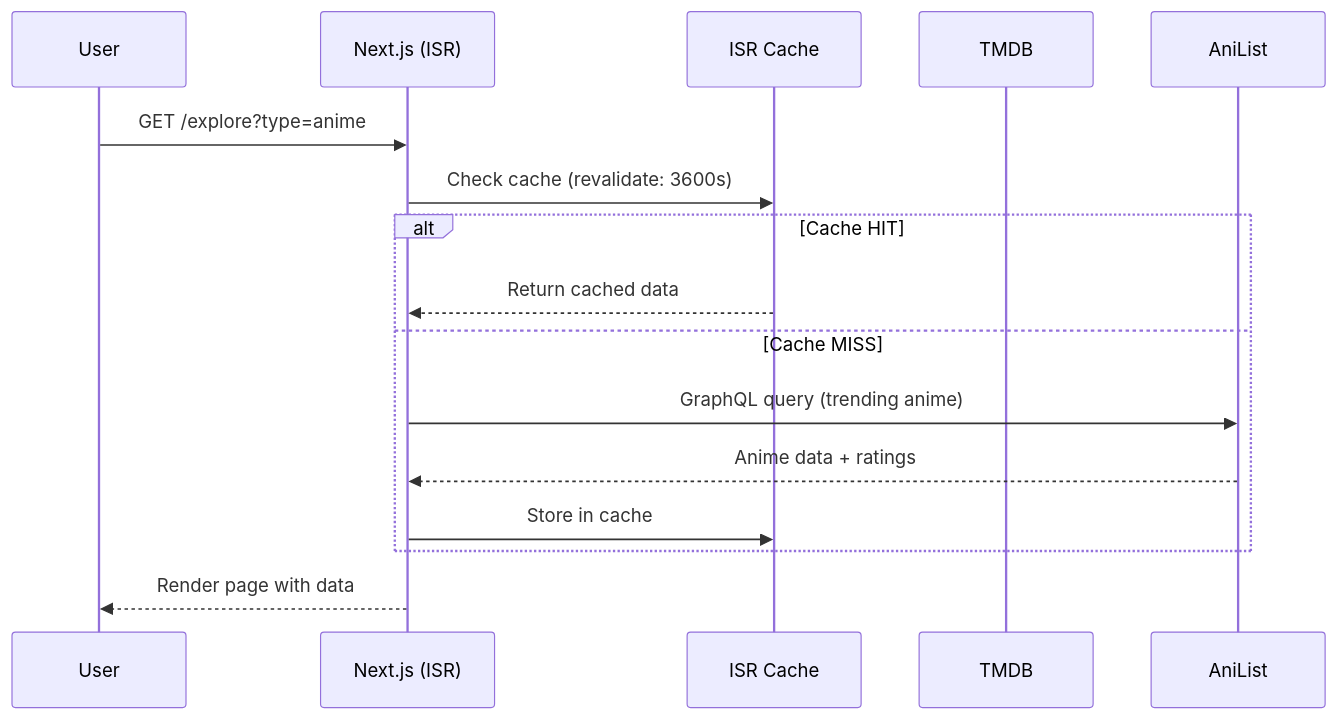
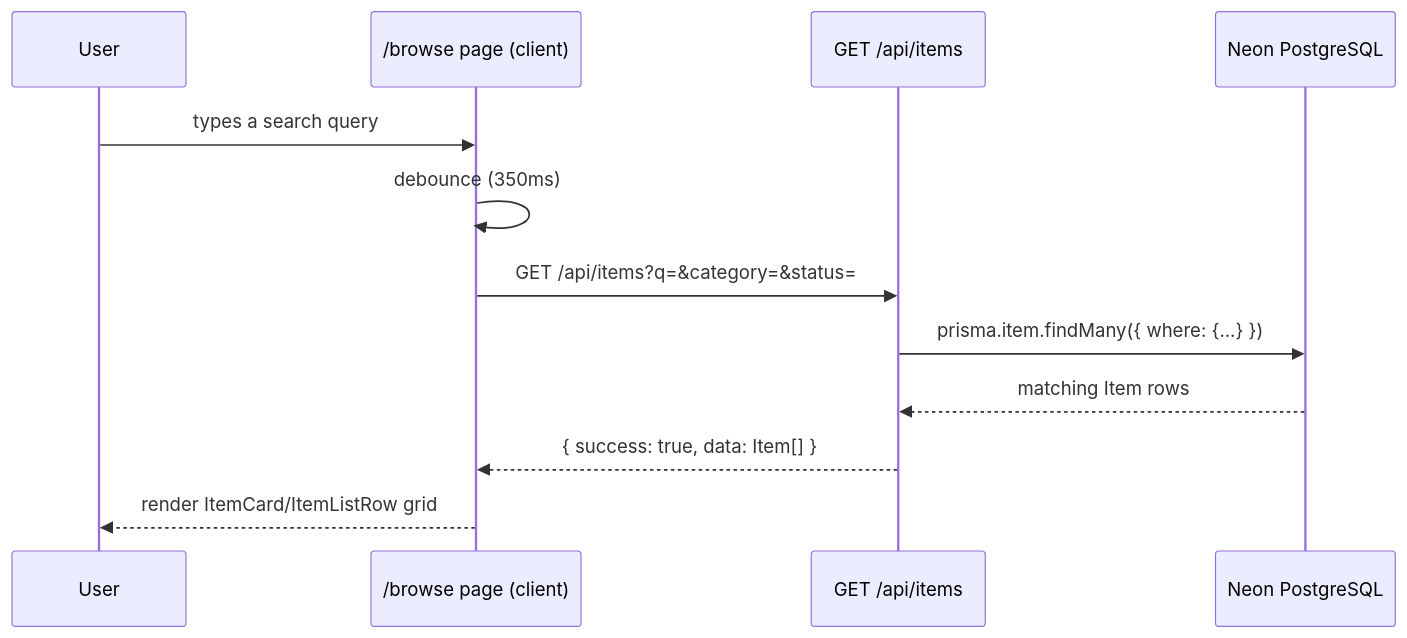
One commit to Efecancngz/nextrack changed the second of 3 diagrams in docs/architecture.md. Above: the diagram before and after it, drawn with Mermaid. The commit also changed other lines of this file, not shown here.

Commit message:
docs: rewrite architecture.md to describe the real implemented architecture

````diff
--- a/docs/architecture.md
+++ b/docs/architecture.md
@@ -63,21 +60,15 @@
 ```mermaid
 sequenceDiagram
     participant User
-    participant NextJS as Next.js (ISR)
-    participant Cache as ISR Cache
-    participant TMDB
-    participant AniList
+    participant Browse as /browse page (client)
+    participant API as GET /api/items
+    participant DB as Neon PostgreSQL
 
-    User->>NextJS: GET /explore?type=anime
-    NextJS->>Cache: Check cache (revalidate: 3600s)
-    
-    alt Cache HIT
-        Cache-->>NextJS: Return cached data
-    else Cache MISS
-        NextJS->>AniList: GraphQL query (trending anime)
-        AniList-->>NextJS: Anime data + ratings
-        NextJS->>Cache: Store in cache
-    end
-    
-    NextJS-->>User: Render page with data
+    User->>Browse: types a search query
+    Browse->>Browse: debounce (350ms)
+    Browse->>API: GET /api/items?q=&category=&status=
+    API->>DB: prisma.item.findMany({ where: {...} })
+    DB-->>API: matching Item rows
+    API-->>Browse: { success: true, data: Item[] }
+    Browse-->>User: render ItemCard/ItemListRow grid
 ```
````
